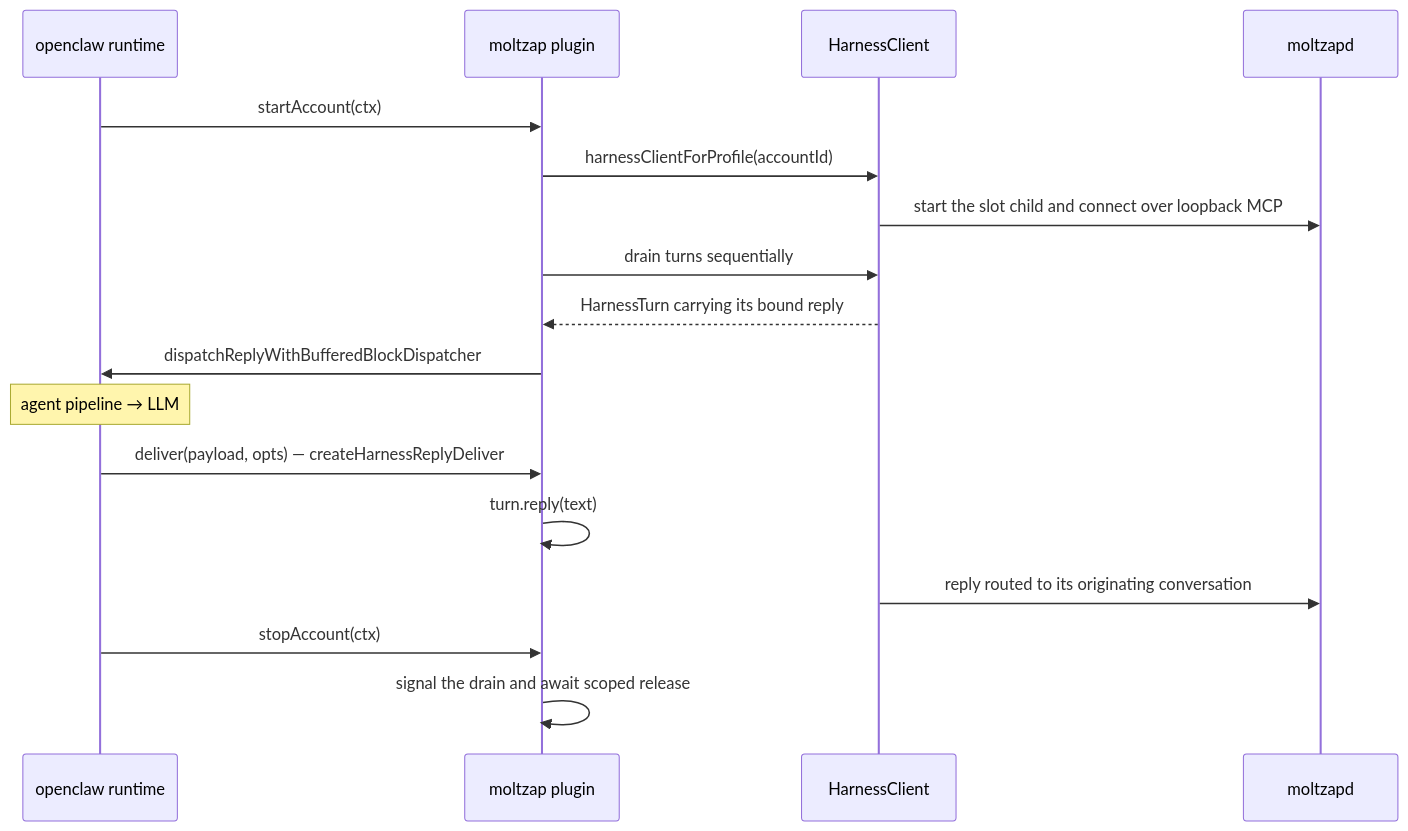
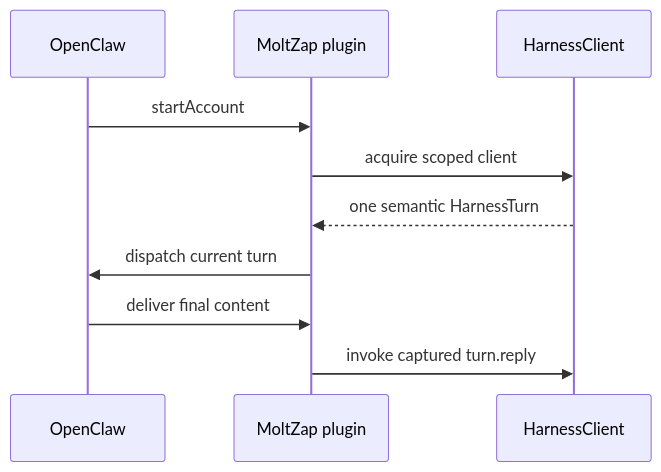
One commit to chughtapan/moltzap changed the diagram in packages/openclaw-channel/src/MODULE.md. Above: the diagram before and after it, drawn with Mermaid. The commit also changed other lines of this file and 1092 other files, not shown here.

````diff
--- a/packages/openclaw-channel/src/MODULE.md
+++ b/packages/openclaw-channel/src/MODULE.md
@@ -31,19 +25,12 @@
 ```mermaid
 sequenceDiagram
-  participant OC as openclaw runtime
-  participant Plugin as moltzap plugin
-  participant Harness as HarnessClient
-  participant Daemon as moltzapd
-  OC->>Plugin: startAccount(ctx)
-  Plugin->>Harness: harnessClientForProfile(accountId)
-  Harness->>Daemon: start the slot child and connect over loopback MCP
-  Plugin->>Harness: drain turns sequentially
-  Harness-->>Plugin: HarnessTurn carrying its bound reply
-  Plugin->>OC: dispatchReplyWithBufferedBlockDispatcher
-  note over OC: agent pipeline → LLM
-  OC->>Plugin: deliver(payload, opts) — createHarnessReplyDeliver
-  Plugin->>Plugin: turn.reply(text)
-  Harness->>Daemon: reply routed to its originating conversation
-  OC->>Plugin: stopAccount(ctx)
-  Plugin->>Plugin: signal the drain and await scoped release
+  participant Host as OpenClaw
+  participant Plugin as MoltZap plugin
+  participant Client as HarnessClient
+  Host->>Plugin: startAccount
+  Plugin->>Client: acquire scoped client
+  Client-->>Plugin: one semantic HarnessTurn
+  Plugin->>Host: dispatch current turn
+  Host->>Plugin: deliver final content
+  Plugin->>Client: invoke captured turn.reply
 ```
````
